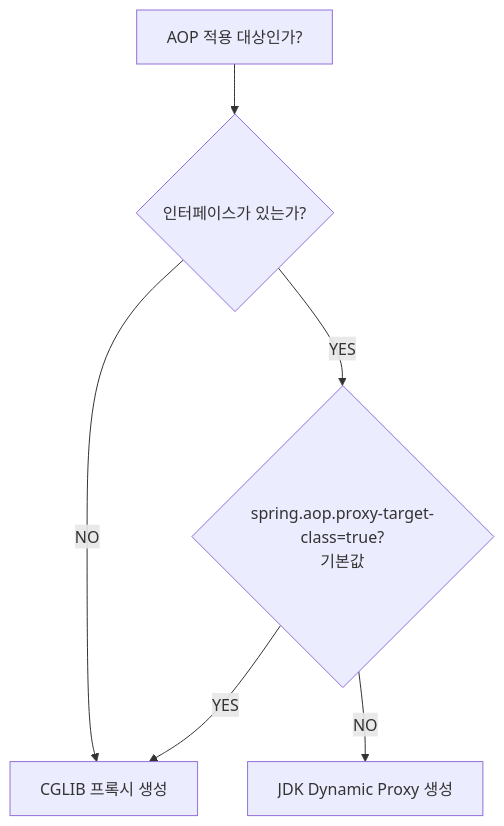
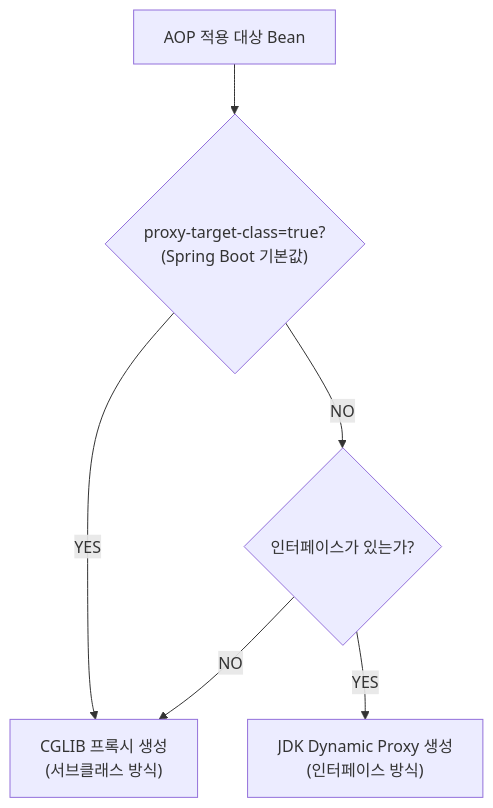
One commit to yjkim2015/yjkim2015.github.io changed the second of 5 diagrams in _posts/spring/2026-05-01-spring-aop.md. Above: the diagram before and after it, drawn with Mermaid. The commit also changed other lines of this file and 34 other files, not shown here.

First line of the commit message:
Full quality pass: 41 files — ASCII removed, 동작원리 보강, diagrams

```diff
--- a/_posts/spring/2026-05-01-spring-aop.md
+++ b/_posts/spring/2026-05-01-spring-aop.md
@@ -325,8 +329,8 @@
 <div class="mermaid">
 graph TD
-    A[AOP 적용 대상인가?] --> B{인터페이스가 있는가?}
-    B -->|NO| E[CGLIB 프록시 생성]
-    B -->|YES| C{"spring.aop.proxy-target-class=true?<br>기본값"}
-    C -->|YES| E
-    C -->|NO| D[JDK Dynamic Proxy 생성]
+    A["AOP 적용 대상 Bean"] --> B{"proxy-target-class=true?<br>(Spring Boot 기본값)"}
+    B -->|"YES"| E["CGLIB 프록시 생성<br>(서브클래스 방식)"]
+    B -->|"NO"| C{"인터페이스가 있는가?"}
+    C -->|"YES"| D["JDK Dynamic Proxy 생성<br>(인터페이스 방식)"]
+    C -->|"NO"| E
 </div>
```
